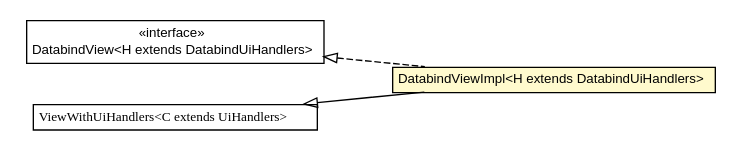
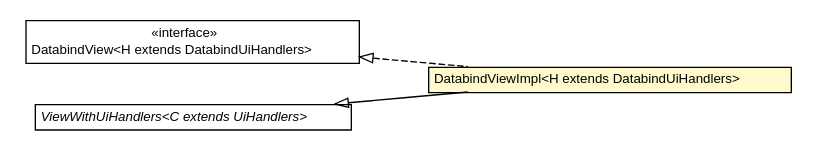
The diagram in javadoc/apidocs/org/turbogwt/ext/gwtp/databind/client/DatabindViewImpl.dot (growbit/turbogwt-gwtp), drawn with Graphviz before and after one commit. The commit also changed 47 other files, not shown here.

```diff
--- a/javadoc/apidocs/org/turbogwt/ext/gwtp/databind/client/DatabindViewImpl.dot
+++ b/javadoc/apidocs/org/turbogwt/ext/gwtp/databind/client/DatabindViewImpl.dot
@@ -1,36 +1,36 @@
 #!/usr/local/bin/dot
 #
 # Class diagram 
 # Generated by UMLGraph version R5_6-24-gf6e263 (http://www.umlgraph.org/)
 #
 
 digraph G {
-	edge [fontname="arial",fontsize=10,labelfontname="arial",labelfontsize=10];
-	node [fontname="arial",fontsize=10,shape=plaintext];
+	edge [fontname="Helvetica",fontsize=10,labelfontname="Helvetica",labelfontsize=10];
+	node [fontname="Helvetica",fontsize=10,shape=plaintext];
 	nodesep=0.25;
 	ranksep=0.5;
 	rankdir=LR;
-	// org.turbogwt.ext.gwtp.databind.client.DatabindViewImpl<H extends org.turbogwt.ext.gwtp.databind.client.DatabindUiHandlers>
-	c41 [label=<<table title="org.turbogwt.ext.gwtp.databind.client.DatabindViewImpl" border="0" cellborder="1" cellspacing="0" cellpadding="2" port="p" bgcolor="lemonChiffon" href="./DatabindViewImpl.html">
-		<tr><td><table border="0" cellspacing="0" cellpadding="1">
-<tr><td align="center" balign="center"> DatabindViewImpl&lt;H extends DatabindUiHandlers&gt; </td></tr>
-		</table></td></tr>
-		</table>>, URL="./DatabindViewImpl.html", fontname="arial", fontcolor="black", fontsize=10.0];
 	// org.turbogwt.ext.gwtp.databind.client.DatabindView<H extends org.turbogwt.ext.gwtp.databind.client.DatabindUiHandlers>
-	c42 [label=<<table title="org.turbogwt.ext.gwtp.databind.client.DatabindView" border="0" cellborder="1" cellspacing="0" cellpadding="2" port="p" href="./DatabindView.html">
+	c41 [label=<<table title="org.turbogwt.ext.gwtp.databind.client.DatabindView" border="0" cellborder="1" cellspacing="0" cellpadding="2" port="p" href="./DatabindView.html">
 		<tr><td><table border="0" cellspacing="0" cellpadding="1">
 <tr><td align="center" balign="center"> &#171;interface&#187; </td></tr>
 <tr><td align="center" balign="center"> DatabindView&lt;H extends DatabindUiHandlers&gt; </td></tr>
 		</table></td></tr>
-		</table>>, URL="./DatabindView.html", fontname="arial", fontcolor="black", fontsize=10.0];
+		</table>>, URL="./DatabindView.html", fontname="Helvetica", fontcolor="black", fontsize=10.0];
+	// org.turbogwt.ext.gwtp.databind.client.DatabindViewImpl<H extends org.turbogwt.ext.gwtp.databind.client.DatabindUiHandlers>
+	c42 [label=<<table title="org.turbogwt.ext.gwtp.databind.client.DatabindViewImpl" border="0" cellborder="1" cellspacing="0" cellpadding="2" port="p" bgcolor="lemonChiffon" href="./DatabindViewImpl.html">
+		<tr><td><table border="0" cellspacing="0" cellpadding="1">
+<tr><td align="center" balign="center"> DatabindViewImpl&lt;H extends DatabindUiHandlers&gt; </td></tr>
+		</table></td></tr>
+		</table>>, URL="./DatabindViewImpl.html", fontname="Helvetica", fontcolor="black", fontsize=10.0];
 	//org.turbogwt.ext.gwtp.databind.client.DatabindViewImpl<H extends org.turbogwt.ext.gwtp.databind.client.DatabindUiHandlers> extends com.gwtplatform.mvp.client.ViewWithUiHandlers<H>
-	c44:p -> c41:p [dir=back,arrowtail=empty];
+	c44:p -> c42:p [dir=back,arrowtail=empty];
 	//org.turbogwt.ext.gwtp.databind.client.DatabindViewImpl<H extends org.turbogwt.ext.gwtp.databind.client.DatabindUiHandlers> implements org.turbogwt.ext.gwtp.databind.client.DatabindView<H extends org.turbogwt.ext.gwtp.databind.client.DatabindUiHandlers>
-	c42:p -> c41:p [dir=back,arrowtail=empty,style=dashed];
+	c41:p -> c42:p [dir=back,arrowtail=empty,style=dashed];
 	// com.gwtplatform.mvp.client.ViewWithUiHandlers<C extends com.gwtplatform.mvp.client.UiHandlers>
 	c44 [label=<<table title="com.gwtplatform.mvp.client.ViewWithUiHandlers" border="0" cellborder="1" cellspacing="0" cellpadding="2" port="p">
 		<tr><td><table border="0" cellspacing="0" cellpadding="1">
-<tr><td align="center" balign="center"><font face="arial italic"> ViewWithUiHandlers&lt;C extends UiHandlers&gt; </font></td></tr>
+<tr><td align="center" balign="center"><font face="Helvetica-Oblique"> ViewWithUiHandlers&lt;C extends UiHandlers&gt; </font></td></tr>
 		</table></td></tr>
-		</table>>, URL="null", fontname="arial", fontcolor="black", fontsize=10.0];
+		</table>>, URL="null", fontname="Helvetica", fontcolor="black", fontsize=10.0];
 }
```
